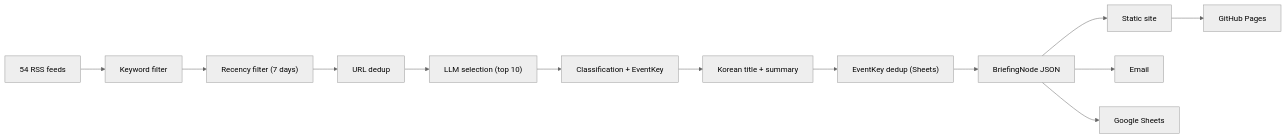
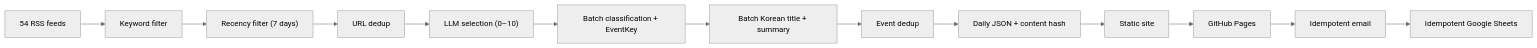
One commit to lowtidebuild/legal-briefing changed the diagram in README.md. Above: the diagram before and after it, drawn with Mermaid (neutral theme). The commit also changed other lines of this file and 58 other files, not shown here.

````diff
--- a/README.md
+++ b/README.md
@@ -136,15 +148,15 @@
 ```mermaid
 flowchart LR
     A["54 RSS feeds"] --> B["Keyword filter"]
     B --> B2["Recency filter (7 days)"]
     B2 --> C["URL dedup"]
-    C --> D["LLM selection (top 10)"]
-    D --> E["Classification + EventKey"]
-    E --> F["Korean title + summary"]
-    F --> G["EventKey dedup (Sheets)"]
-    G --> H["BriefingNode JSON"]
+    C --> D["LLM selection (0–10)"]
+    D --> E["Batch classification + EventKey"]
+    E --> F["Batch Korean title + summary"]
+    F --> G["Event dedup"]
+    G --> H["Daily JSON + content hash"]
     H --> I["Static site"]
-    H --> J["Email"]
-    H --> K["Google Sheets"]
     I --> L["GitHub Pages"]
+    L --> J["Idempotent email"]
+    J --> K["Idempotent Google Sheets"]
 ```
````
